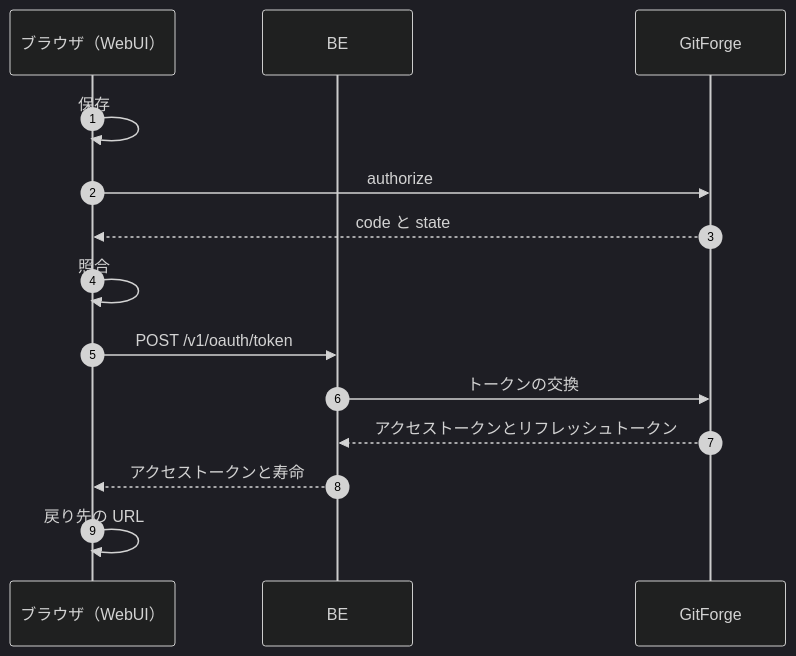
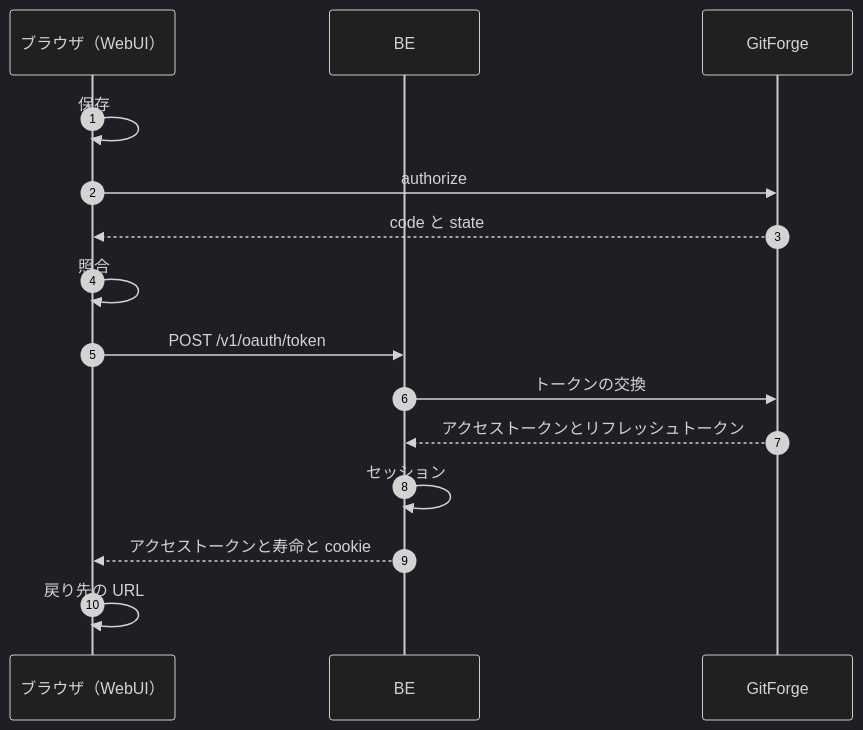
One commit to yamambainc/logiforge changed the diagram in design/webui/signin-flow.md. Above: the diagram before and after it, drawn with Mermaid (dark theme). The commit also changed other lines of this file and 26 other files, not shown here.

````diff
--- a/design/webui/signin-flow.md
+++ b/design/webui/signin-flow.md
@@ -8,16 +8,17 @@
 ```mermaid
 sequenceDiagram
   autonumber
   participant B as ブラウザ（WebUI）
   participant BE as BE
   participant G as GitForge
   B->>B: 保存
   B->>G: authorize
   G-->>B: code と state
   B->>B: 照合
   B->>BE: POST /v1/oauth/token
   BE->>G: トークンの交換
   G-->>BE: アクセストークンとリフレッシュトークン
-  BE-->>B: アクセストークンと寿命
+  BE->>BE: セッション
+  BE-->>B: アクセストークンと寿命と cookie
   B->>B: 戻り先の URL
 ```
````
